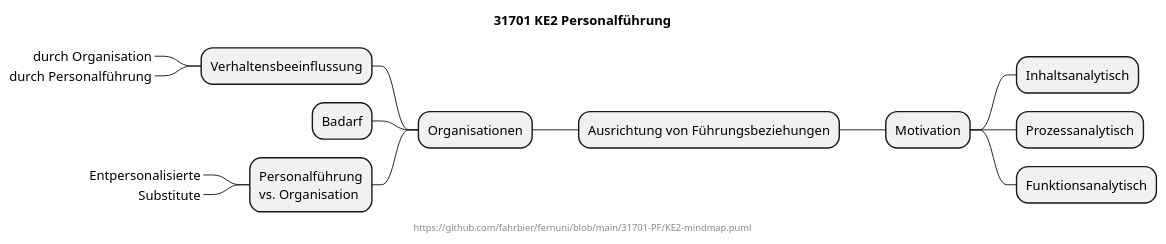
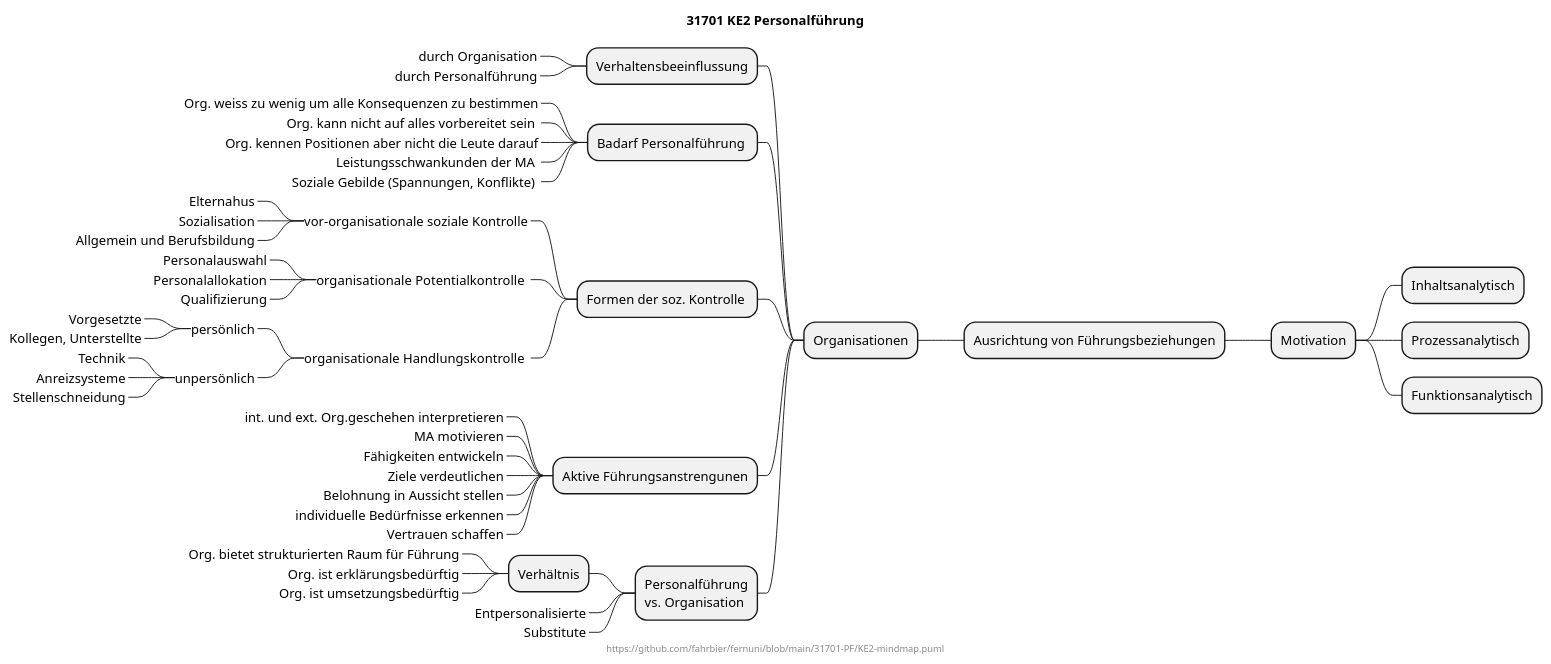
One commit to fahrbier/fernuni changed the diagram in 31701-PF/KE2-mindmap.puml. Above: the diagram before and after it, drawn with PlantUML. The commit also changed 2 other files, not shown here.

```diff
--- a/31701-PF/KE2-mindmap.puml
+++ b/31701-PF/KE2-mindmap.puml
@@ -1,27 +1,65 @@
 @startmindmap
 title 31701 KE2 Personalführung
 center footer https://github.com/fahrbier/fernuni/blob/main/31701-PF/KE2-mindmap.puml
 
 + Ausrichtung von Führungsbeziehungen
 
 -- Organisationen
 --- Verhaltensbeeinflussung
 ----_ durch Organisation
 ----_ durch Personalführung
 
---- Badarf
+--- Badarf Personalführung 
+----_ Org. weiss zu wenig um alle Konsequenzen zu bestimmen
+----_ Org. kann nicht auf alles vorbereitet sein 
+----_ Org. kennen Positionen aber nicht die Leute darauf
+----_ Leistungsschwankunden der MA 
+----_ Soziale Gebilde (Spannungen, Konflikte) 
+
+--- Formen der soz. Kontrolle 
+----_ vor-organisationale soziale Kontrolle
+-----_ Elternahus
+-----_ Sozialisation
+-----_ Allgemein und Berufsbildung
+----_ organisationale Potentialkontrolle 
+-----_ Personalauswahl
+-----_ Personalallokation
+-----_ Qualifizierung
+----_ organisationale Handlungskontrolle 
+-----_ persönlich
+------_ Vorgesetzte
+------_ Kollegen, Unterstellte
+-----_ unpersönlich
+------_ Technik
+------_ Anreizsysteme
+------_ Stellenschneidung
+
+--- Aktive Führungsanstrengunen
+----_ int. und ext. Org.geschehen interpretieren
+----_ MA motivieren
+----_ Fähigkeiten entwickeln
+----_ Ziele verdeutlichen
+----_ Belohnung in Aussicht stellen
+----_ individuelle Bedürfnisse erkennen
+----_ Vertrauen schaffen
 
 --- Personalführung\nvs. Organisation
+---- Verhältnis
+-----_ Org. bietet strukturierten Raum für Führung
+-----_ Org. ist erklärungsbedürftig
+-----_ Org. ist umsetzungsbedürftig
+
+
 ----_ Entpersonalisierte
 ----_ Substitute
 
 ++ Motivation
 
 +++ Inhaltsanalytisch
 
 +++ Prozessanalytisch
 
 +++ Funktionsanalytisch
 
 
 @endmindmap
```
